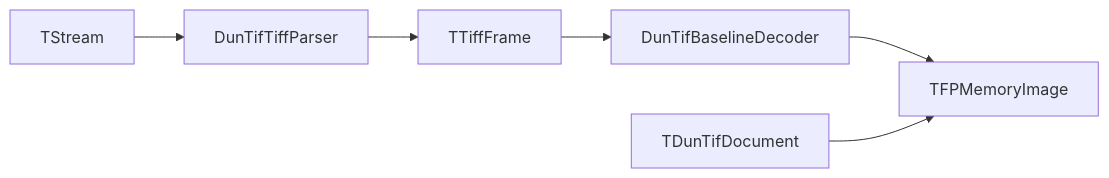
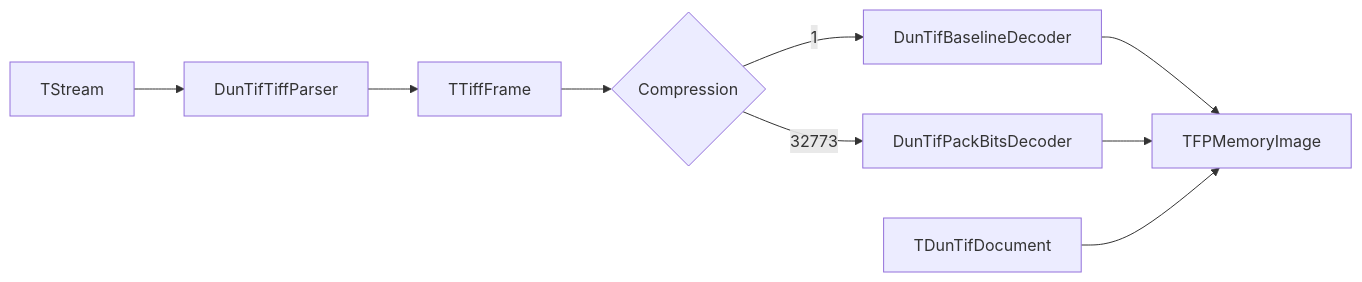
Before and after one commit to daniel-sap/duntiff-lazarus: the diagram in Doc/ARCHITECTURE.bg.md, drawn with Mermaid. The commit also changed other lines of this file and 12 other files, not shown here.

First line of the commit message:
feat(DunTif): PackBits decoding (Milestone 2)

````diff
--- a/Doc/ARCHITECTURE.bg.md
+++ b/Doc/ARCHITECTURE.bg.md
@@ -19,12 +21,16 @@
 ```mermaid
 flowchart LR
   tifStream[TStream]
   tiffParser[DunTifTiffParser]
   frame[TTiffFrame]
+  decode{Compression}
   baseline[DunTifBaselineDecoder]
+  packbits[DunTifPackBitsDecoder]
   doc[TDunTifDocument]
   fpimg[TFPMemoryImage]
 
-  tifStream --> tiffParser --> frame --> baseline --> fpimg
+  tifStream --> tiffParser --> frame --> decode
+  decode -->|1| baseline --> fpimg
+  decode -->|32773| packbits --> fpimg
   doc --> fpimg
 ```
````
